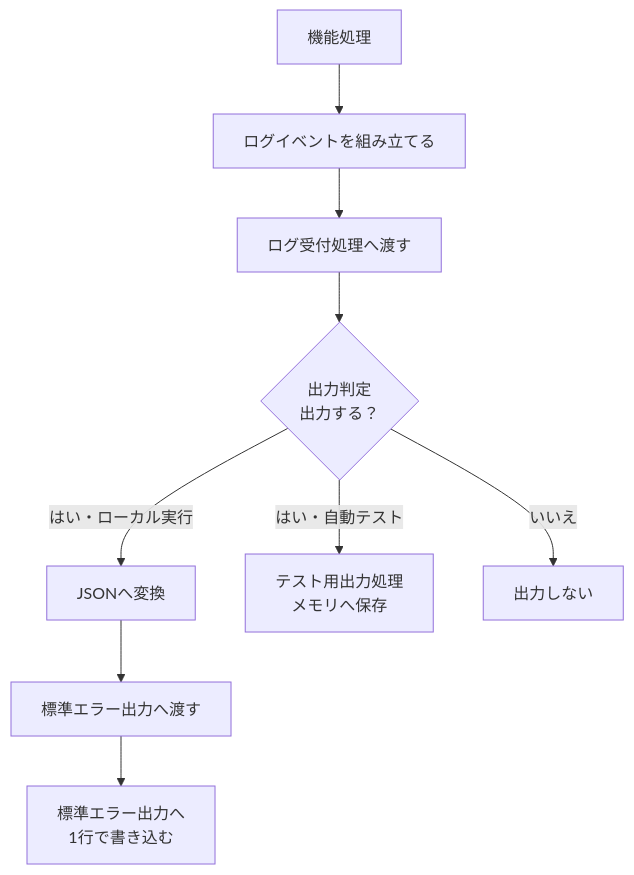
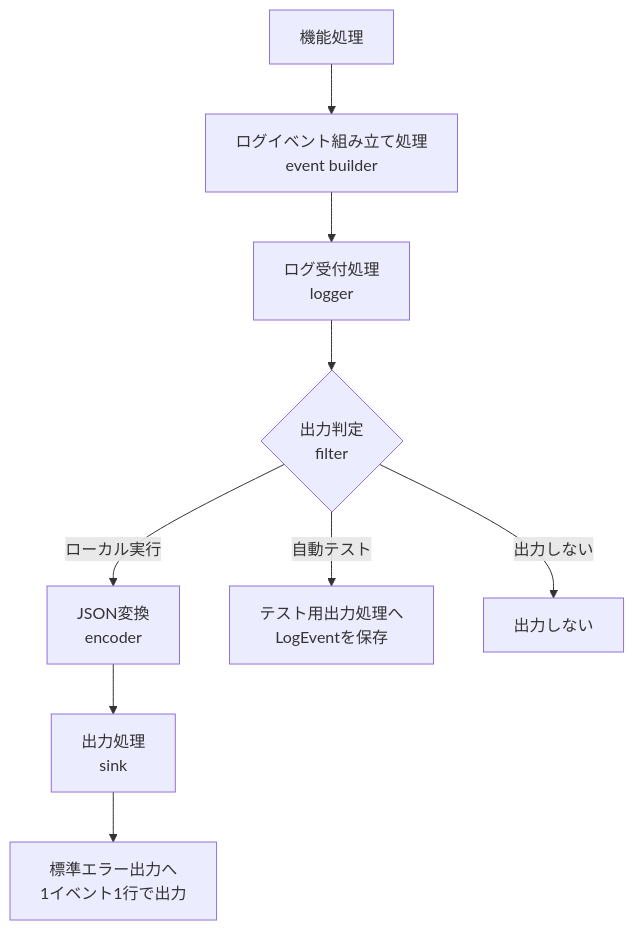
Before and after one commit to takashit16833/RAGScope: the diagram in project-docs/design/構造化ログ設計.md, drawn with Mermaid. The commit also changed other lines of this file, not shown here.

````diff
--- a/project-docs/design/構造化ログ設計.md
+++ b/project-docs/design/構造化ログ設計.md
@@ -129,17 +217,17 @@
 ```mermaid
 flowchart TD
     Feature["機能処理"]
-    Build["ログイベントを組み立てる"]
-    Logger["ログ受付処理へ渡す"]
-    Filter{"出力判定<br>出力する？"}
-    Encoder["JSONへ変換"]
-    Stderr["標準エラー出力へ渡す"]
-    Output["標準エラー出力へ<br>1行で書き込む"]
-    Test["テスト用出力処理<br>メモリへ保存"]
+    Builder["ログイベント組み立て処理<br>event builder"]
+    Logger["ログ受付処理<br>logger"]
+    Filter{"出力判定<br>filter"}
+    Encoder["JSON変換<br>encoder"]
+    Sink["出力処理<br>sink"]
+    Stderr["標準エラー出力へ<br>1イベント1行で出力"]
+    TestSink["テスト用出力処理へ<br>LogEventを保存"]
     Drop["出力しない"]
 
-    Feature --> Build --> Logger --> Filter
-    Filter -->|いいえ| Drop
-    Filter -->|はい・ローカル実行| Encoder --> Stderr --> Output
-    Filter -->|はい・自動テスト| Test
+    Feature --> Builder --> Logger --> Filter
+    Filter -->|出力しない| Drop
+    Filter -->|ローカル実行| Encoder --> Sink --> Stderr
+    Filter -->|自動テスト| TestSink
 ```
````
